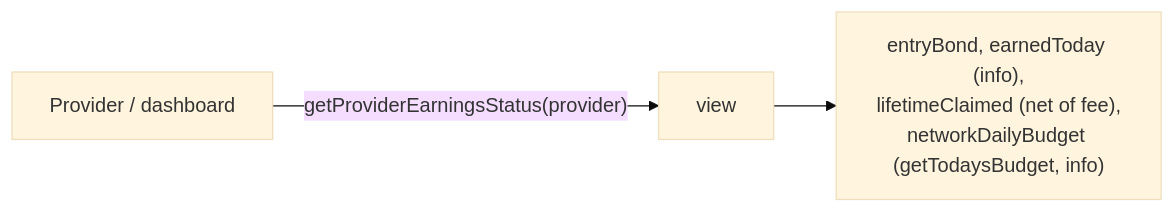
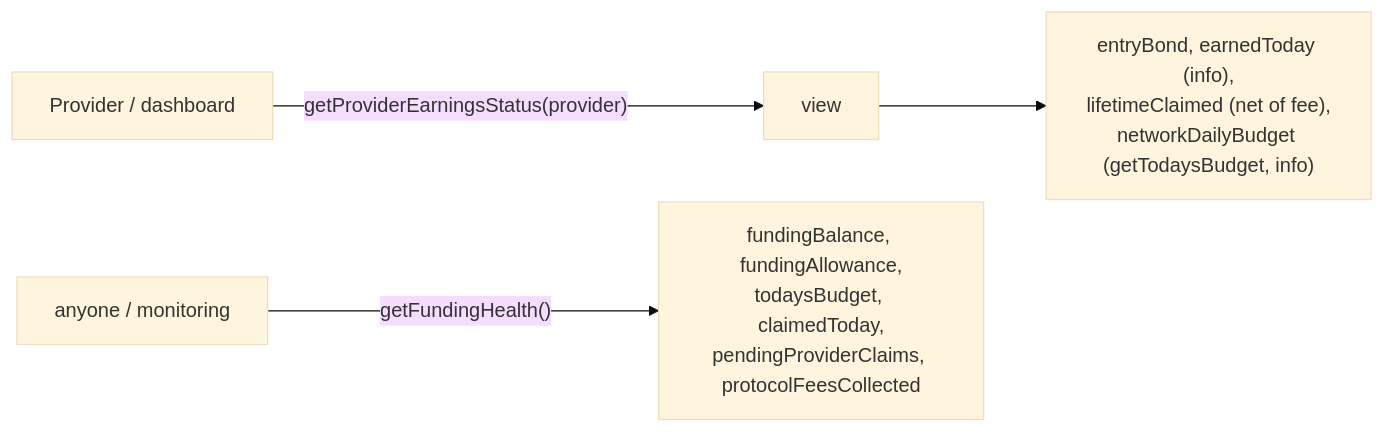
One commit to cowboycoderhq/Morpheus-Lumerin-Node changed diagram 15 of 18 in smart-contracts/docs/inference-contract-enhancements-rfp.md. Above: the diagram before and after it, drawn with Mermaid (base theme). The commit also changed other lines of this file and 1 other file, not shown here.

````diff
--- a/smart-contracts/docs/inference-contract-enhancements-rfp.md
+++ b/smart-contracts/docs/inference-contract-enhancements-rfp.md
@@ -693,5 +732,6 @@
 ```mermaid
 flowchart LR
   P["Provider / dashboard"] -->|"getProviderEarningsStatus(provider)"| Q["view"]
   Q --> R["entryBond, earnedToday (info),<br/>lifetimeClaimed (net of fee),<br/>networkDailyBudget (getTodaysBudget, info)"]
+  ANY["anyone / monitoring"] -->|"getFundingHealth()"| H["fundingBalance, fundingAllowance,<br/>todaysBudget, claimedToday,<br/>pendingProviderClaims, protocolFeesCollected"]
 ```
````
